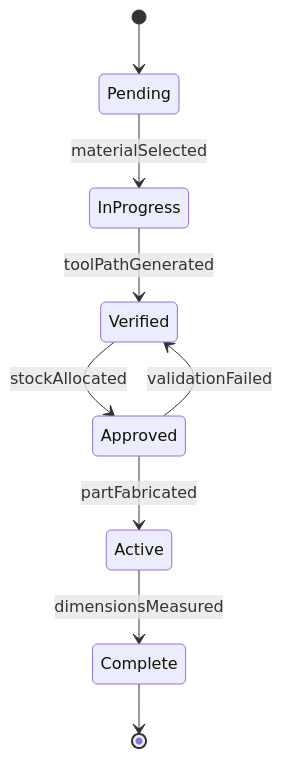
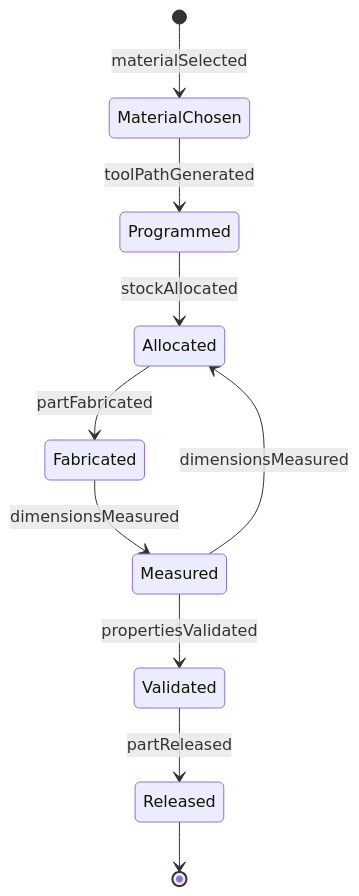
Before and after one commit to dot-org-ai/tasks.org.ai: the second of 4 diagrams in HandlingAndMovingObjects/FabricateDevicesOrComponents/FabricatePartsComponents.mdx, drawn with Mermaid. The commit also changed other lines of this file and 515 other files, not shown here.

````diff
--- a/HandlingAndMovingObjects/FabricateDevicesOrComponents/FabricatePartsComponents.mdx
+++ b/HandlingAndMovingObjects/FabricateDevicesOrComponents/FabricatePartsComponents.mdx
@@ -100,11 +101,12 @@
 ```mermaid
 stateDiagram-v2
-    [*] --> Pending
-    Pending --> InProgress : materialSelected
-    InProgress --> Verified : toolPathGenerated
-    Verified --> Approved : stockAllocated
-    Approved --> Active : partFabricated
-    Active --> Complete : dimensionsMeasured
-    Approved --> Verified : validationFailed
-    Complete --> [*]
+    [*] --> MaterialChosen : materialSelected
+    MaterialChosen --> Programmed : toolPathGenerated
+    Programmed --> Allocated : stockAllocated
+    Allocated --> Fabricated : partFabricated
+    Fabricated --> Measured : dimensionsMeasured
+    Measured --> Validated : propertiesValidated
+    Validated --> Released : partReleased
+    Measured --> Allocated : dimensionsMeasured
+    Released --> [*]
 ```
````
